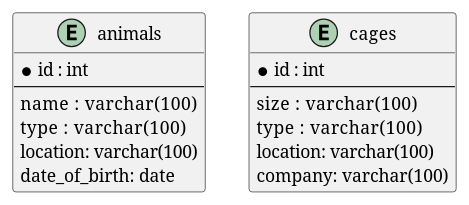
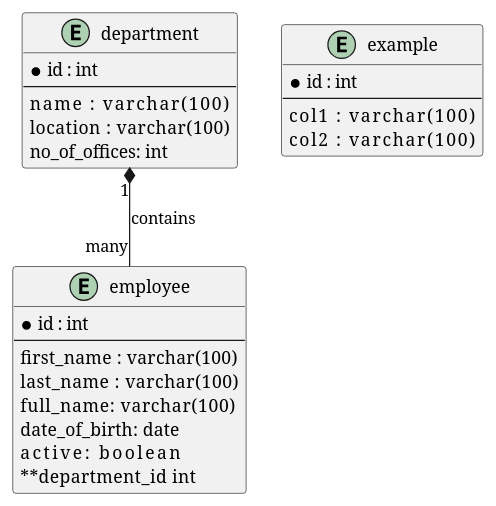
One commit to Jaafar91/UML-to-DB-to-API changed the diagram in examples/example2/example2.plantuml. Above: the diagram before and after it, drawn with PlantUML. The commit also changed 4 other files, not shown here.

```diff
--- a/examples/example2/example2.plantuml
+++ b/examples/example2/example2.plantuml
@@ -1,19 +1,30 @@
 @startuml
-entity animals{
+entity employee{
   *id : int
   --
-  name :    varchar(100)
-  type :    varchar(100)
-  location: varchar(100)
-  date_of_birth: date
+  first_name :    varchar(100)
+  last_name :     varchar(100)
+  full_name:      varchar(100)
+  date_of_birth:  date
+  active:         boolean
+  **department_id   int
 }
 
-entity cages{
+entity department{
   *id : int
   --
-  size :    varchar(100)
-  type :    varchar(100)
-  location: varchar(100)
-  company:  varchar(100)
+  name :         varchar(100)
+  location :     varchar(100)
+  no_of_offices: int
 }
+
+entity example{
+  *id : int
+  --
+  col1 :         varchar(100)
+  col2 :         varchar(100)
+}
+
+department "1" *-- "many" employee : contains
+
 @enduml
```
